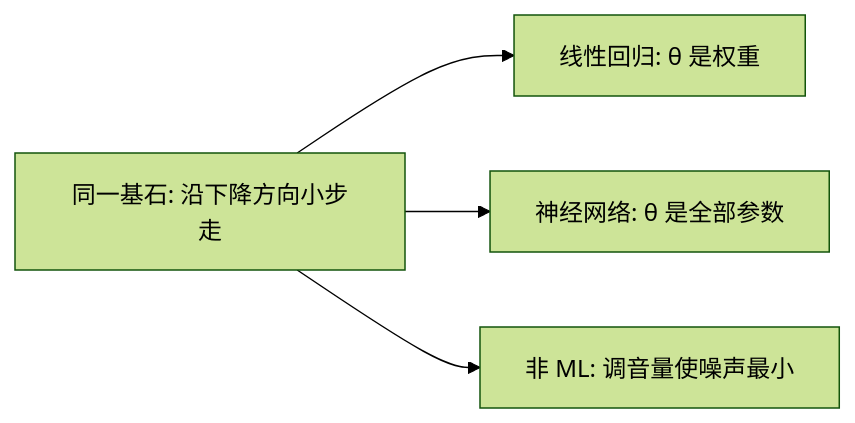
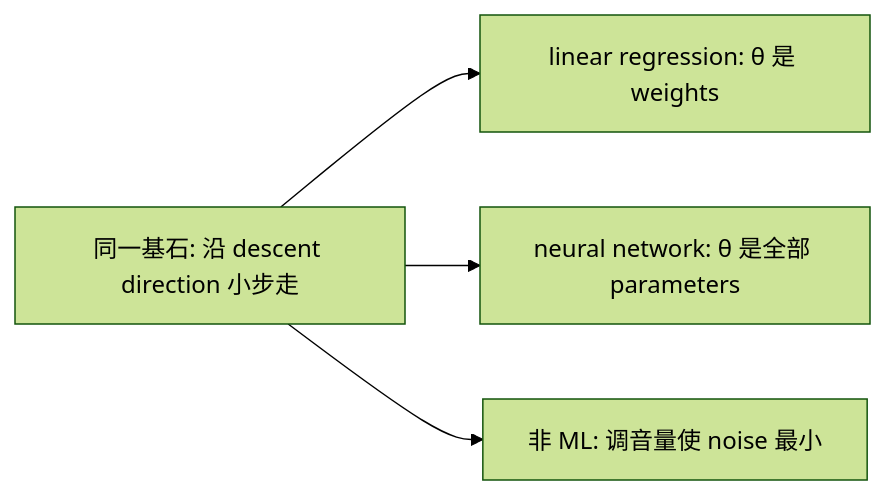
The third of 5 diagrams in .grok/skills/first-principles-learn/references/examples.md (hdy117/3dgs_tutorial), drawn with Mermaid (forest theme) before and after one commit. The commit also changed other lines of this file and 13 other files, not shown here.

````diff
--- a/.grok/skills/first-principles-learn/references/examples.md
+++ b/.grok/skills/first-principles-learn/references/examples.md
@@ -67,6 +72,6 @@
 ```mermaid
 flowchart LR
-  Core[同一基石: 沿下降方向小步走] --> S1[线性回归: θ 是权重]
-  Core --> S2[神经网络: θ 是全部参数]
-  Core --> S3[非 ML: 调音量使噪声最小]
+  Core["同一基石: 沿 descent direction 小步走"] --> S1["linear regression: θ 是 weights"]
+  Core --> S2["neural network: θ 是全部 parameters"]
+  Core --> S3["非 ML: 调音量使 noise 最小"]
 ```
````
